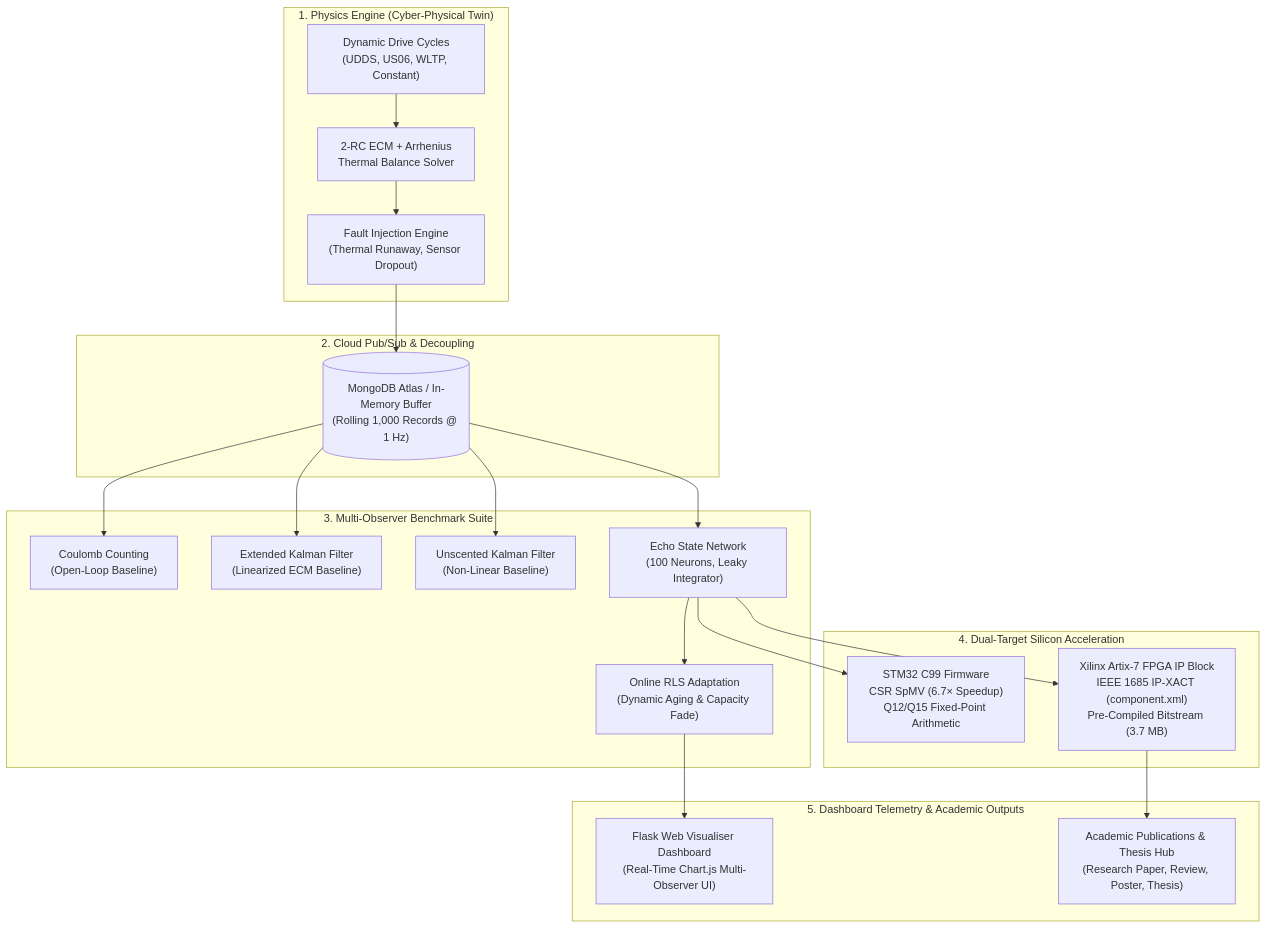
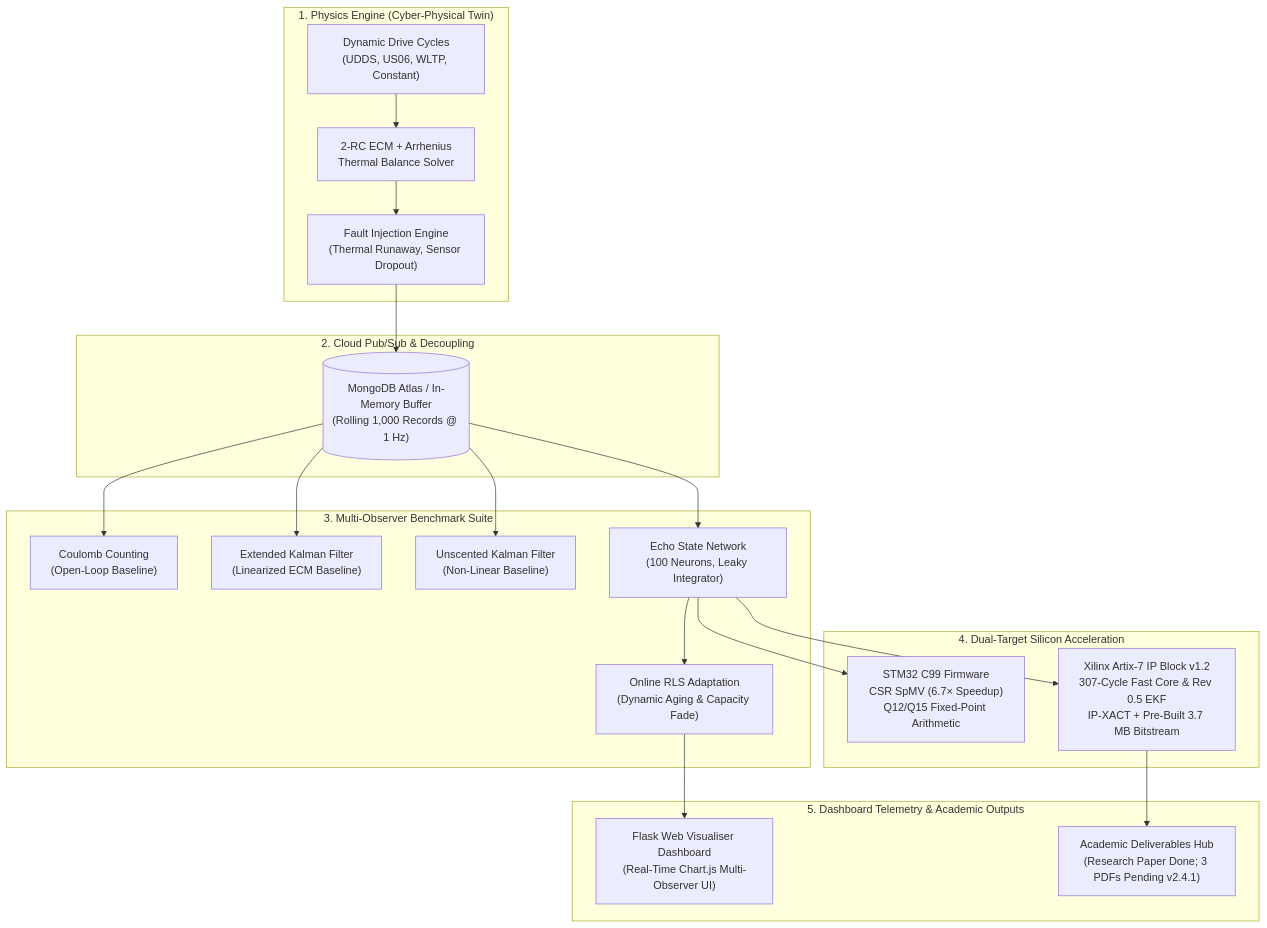
One commit to tanish-jain-225/Battery_State_Estimator_BE_Project_2026_2027 changed the third of 3 diagrams in README.md. Above: the diagram before and after it, drawn with Mermaid. The commit also changed other lines of this file and 6 other files, not shown here.

````diff
--- a/README.md
+++ b/README.md
@@ -219,29 +220,29 @@
 ```mermaid
 flowchart TD
     subgraph P1["1. Physics Engine (Cyber-Physical Twin)"]
         DC["Dynamic Drive Cycles<br/>(UDDS, US06, WLTP, Constant)"] --> ECM["2-RC ECM + Arrhenius<br/>Thermal Balance Solver"]
         ECM --> FLT["Fault Injection Engine<br/>(Thermal Runaway, Sensor Dropout)"]
     end
 
     subgraph P2["2. Cloud Pub/Sub & Decoupling"]
         FLT --> DB[("MongoDB Atlas / In-Memory Buffer<br/>(Rolling 1,000 Records @ 1 Hz)")]
     end
 
     subgraph P3["3. Multi-Observer Benchmark Suite"]
         DB --> CC["Coulomb Counting<br/>(Open-Loop Baseline)"]
         DB --> EKF["Extended Kalman Filter<br/>(Linearized ECM Baseline)"]
         DB --> UKF["Unscented Kalman Filter<br/>(Non-Linear Baseline)"]
         DB --> ESN["Echo State Network<br/>(100 Neurons, Leaky Integrator)"]
         ESN --> RLS["Online RLS Adaptation<br/>(Dynamic Aging & Capacity Fade)"]
     end
 
     subgraph P4["4. Dual-Target Silicon Acceleration"]
         ESN --> MCU["STM32 C99 Firmware<br/>CSR SpMV (6.7× Speedup)<br/>Q12/Q15 Fixed-Point Arithmetic"]
-        ESN --> FPGA["Xilinx Artix-7 FPGA IP Block<br/>IEEE 1685 IP-XACT (component.xml)<br/>Pre-Compiled Bitstream (3.7 MB)"]
+        ESN --> FPGA["Xilinx Artix-7 IP Block v1.2<br/>307-Cycle Fast Core & Rev 0.5 EKF<br/>IP-XACT + Pre-Built 3.7 MB Bitstream"]
     end
 
     subgraph P5["5. Dashboard Telemetry & Academic Outputs"]
         RLS --> DASH["Flask Web Visualiser Dashboard<br/>(Real-Time Chart.js Multi-Observer UI)"]
-        FPGA --> PUB["Academic Publications & Thesis Hub<br/>(Research Paper, Review, Poster, Thesis)"]
+        FPGA --> PUB["Academic Deliverables Hub<br/>(Research Paper Done; 3 PDFs Pending v2.4.1)"]
     end
 ```
````
